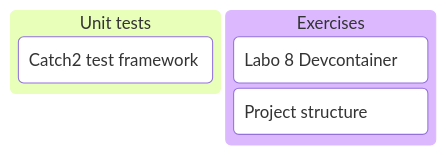
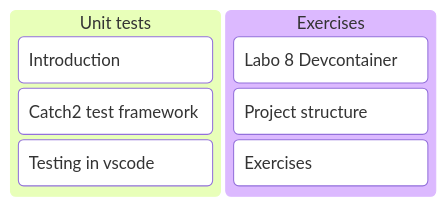
Before and after one commit to GlennVL-AP/cpp-programming-slides: the diagram in slides/session_8_labo/index.md, drawn with Mermaid. The commit also changed other lines of this file and 1 other file, not shown here.

Commit message:
add testing introduction

````diff
--- a/slides/session_8_labo/index.md
+++ b/slides/session_8_labo/index.md
@@ -7,8 +7,11 @@
 ```mermaid
 kanban
   column1[Unit tests]
-    task1[Catch2 test framework]
+    task1[Introduction]
+    task2[Catch2 test framework]
+    task3[Testing in vscode]
   column2[Exercises]
-    task2[Labo 8 Devcontainer]
-    task3[Project structure]
+    task4[Labo 8 Devcontainer]
+    task5[Project structure]
+    task6[Exercises]
 ```
````
